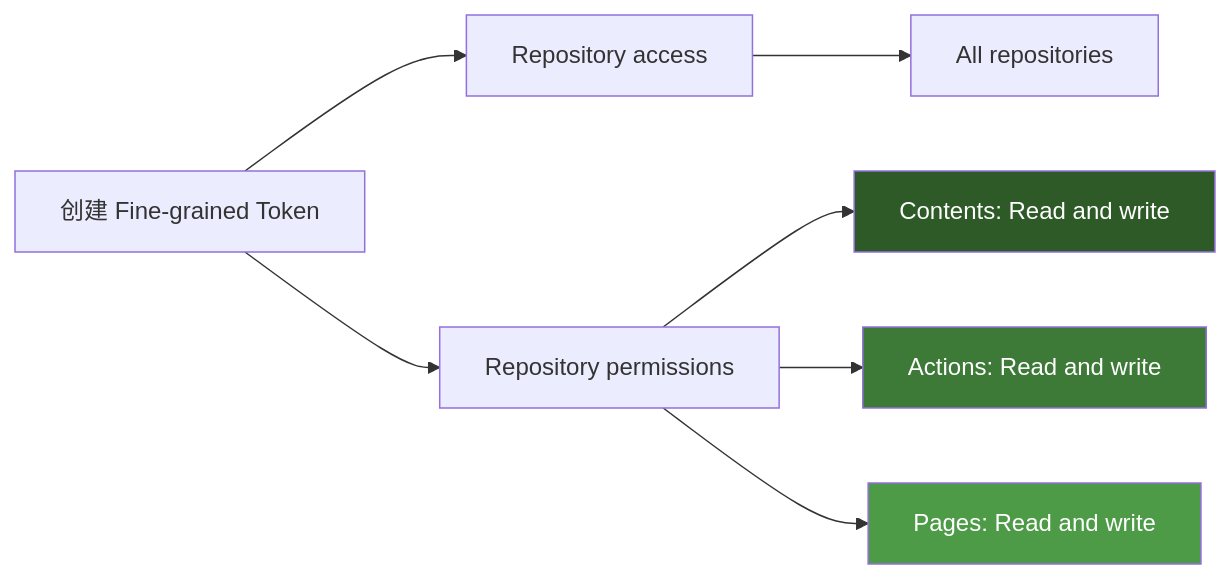
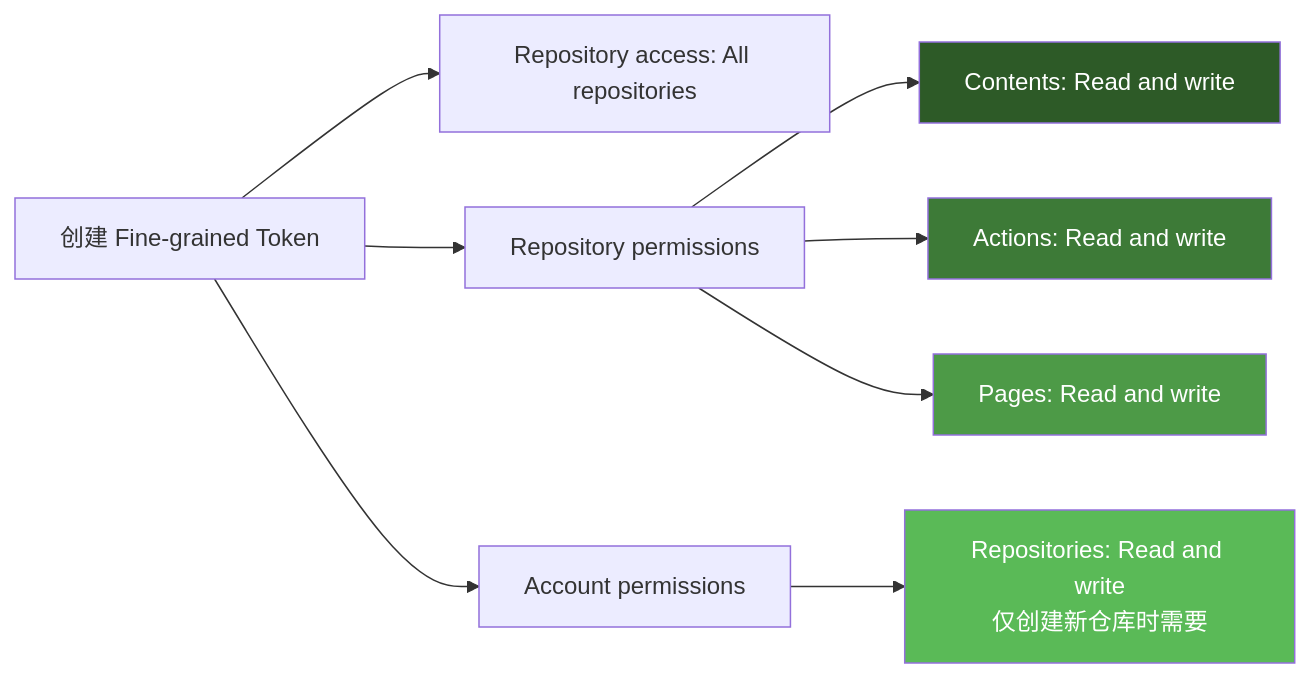
One commit to Easter127/trae changed the fourth of 20 diagrams in PROJECT_GUIDE.md. Above: the diagram before and after it, drawn with Mermaid. The commit also changed other lines of this file, not shown here.

Commit message:
Update PROJECT_GUIDE: add all 12 pitfalls with real error messages and mermaid diagrams

````diff
--- a/PROJECT_GUIDE.md
+++ b/PROJECT_GUIDE.md
@@ -316,13 +306,15 @@
 ```mermaid
 graph LR
-    A[创建 Fine-grained Token] --> B[Repository access]
-    B --> C[All repositories]
-    A --> D[Repository permissions]
-    D --> E[Contents: Read and write]
-    D --> F[Actions: Read and write]
-    D --> G[Pages: Read and write]
+    A[创建 Fine-grained Token] --> B[Repository access: All repositories]
+    A --> C[Repository permissions]
+    C --> D[Contents: Read and write]
+    C --> E[Actions: Read and write]
+    C --> F[Pages: Read and write]
+    A --> G[Account permissions]
+    G --> H[Repositories: Read and write<br/>仅创建新仓库时需要]
     
-    style E fill:#2d5a27,color:#fff
-    style F fill:#3d7a37,color:#fff
-    style G fill:#4d9a47,color:#fff
+    style D fill:#2d5a27,color:#fff
+    style E fill:#3d7a37,color:#fff
+    style F fill:#4d9a47,color:#fff
+    style H fill:#5aba57,color:#fff
 ```
````
